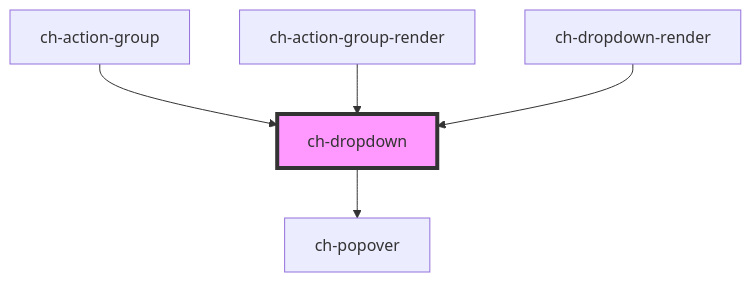
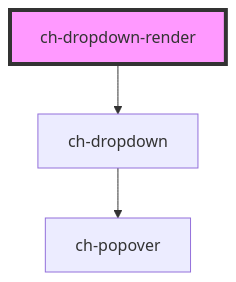
Before and after one commit to genexuslabs/chameleon-controls-library: the diagram in src/components/dropdown/readme.md, drawn with Mermaid. The commit also changed other lines of this file and 13 other files, not shown here.

````diff
--- a/src/components/dropdown/readme.md
+++ b/src/components/dropdown/readme.md
@@ -128,8 +31,6 @@
 ```mermaid
 graph TD;
+  ch-dropdown-render --> ch-dropdown
   ch-dropdown --> ch-popover
-  ch-action-group --> ch-dropdown
-  ch-action-group-render --> ch-dropdown
-  ch-dropdown-render --> ch-dropdown
-  style ch-dropdown fill:#f9f,stroke:#333,stroke-width:4px
+  style ch-dropdown-render fill:#f9f,stroke:#333,stroke-width:4px
 ```
````
